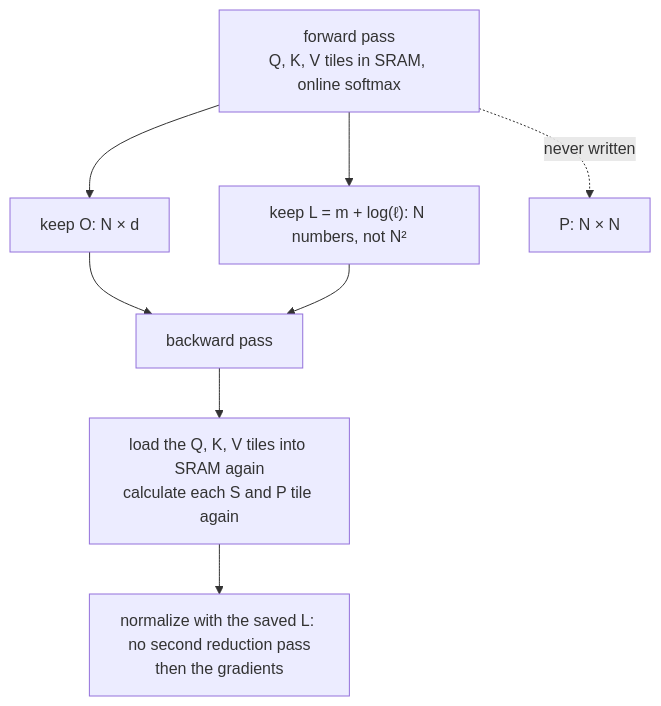
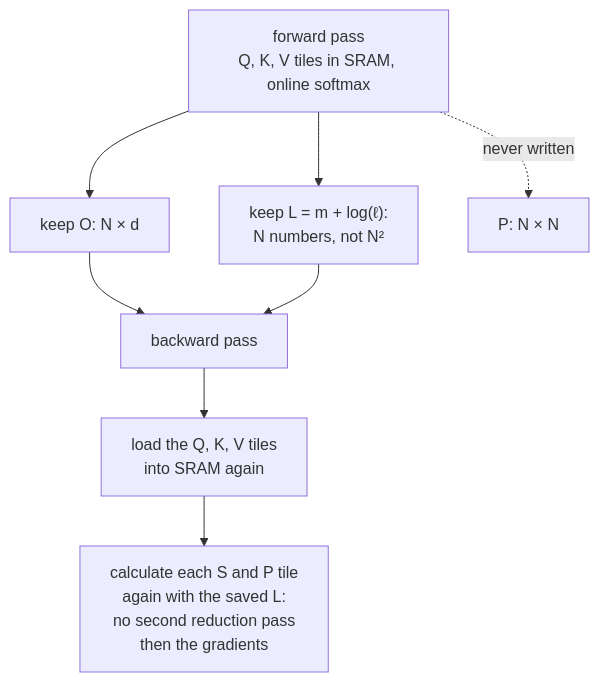
The diagram in 04-inference-engine/flash-attention/flash-attention-primer.md (aniryou/full-stack-agentic-engineer), drawn with Mermaid before and after one commit. The commit also changed other lines of this file and 51 other files, not shown here.

````diff
--- a/04-inference-engine/flash-attention/flash-attention-primer.md
+++ b/04-inference-engine/flash-attention/flash-attention-primer.md
@@ -168,10 +168,10 @@
 ```mermaid
 flowchart TB
   F["forward pass<br/>Q, K, V tiles in SRAM, online softmax"] --> O["keep O: N × d"]
-  F --> L["keep L = m + log(ℓ): N numbers, not N²"]
+  F --> L["keep L = m + log(ℓ):<br/>N numbers, not N²"]
   F -. "never written" .-> P["P: N × N"]
   O --> B["backward pass"]
   L --> B
-  B --> R["load the Q, K, V tiles into SRAM again<br/>calculate each S and P tile again"]
-  R --> G["normalize with the saved L: no second reduction pass<br/>then the gradients"]
+  B --> R["load the Q, K, V tiles<br/>into SRAM again"]
+  R --> G["calculate each S and P tile<br/>again with the saved L:<br/>no second reduction pass<br/>then the gradients"]
 ```
````
